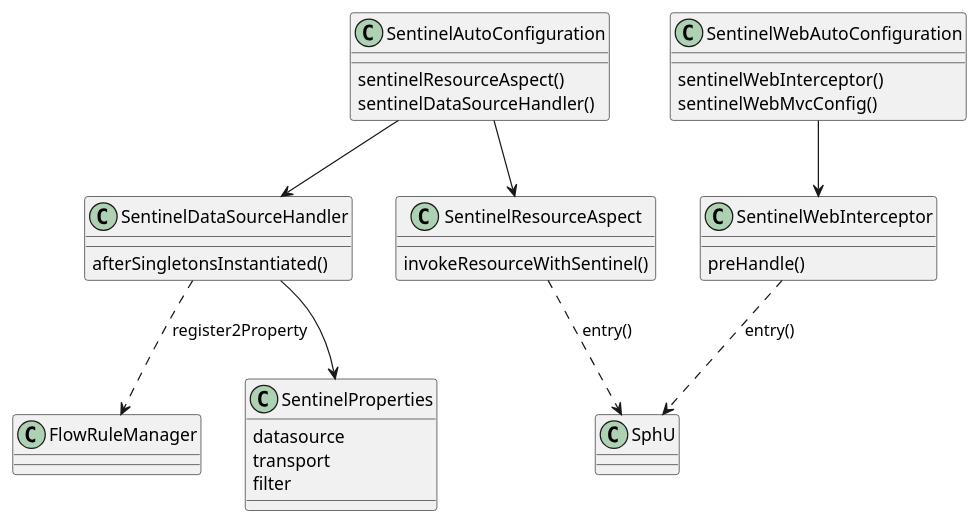
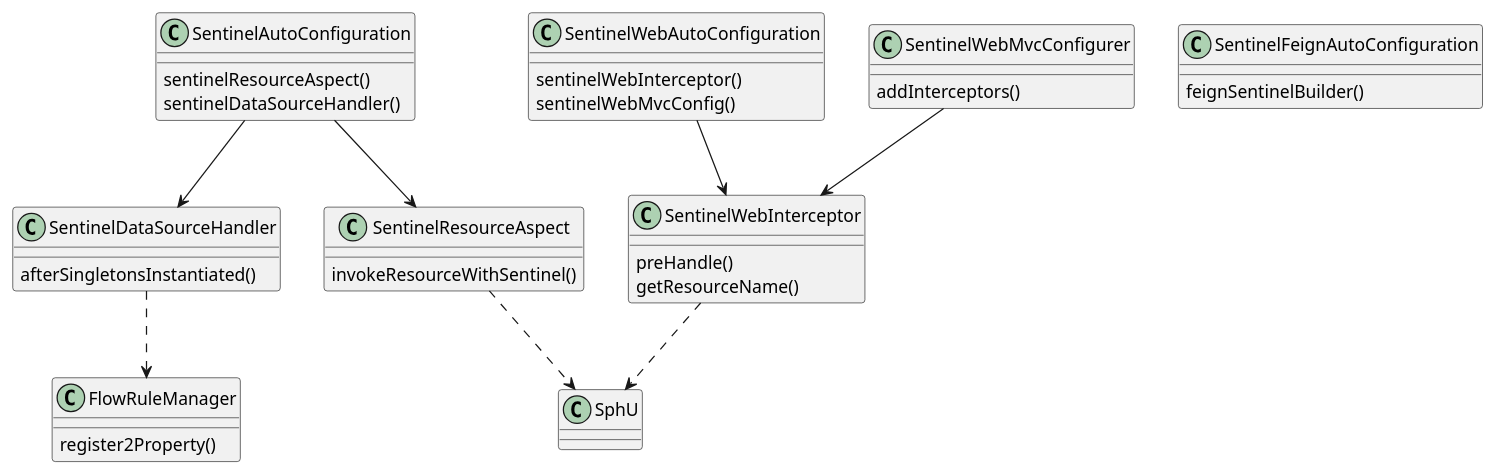
Before and after one commit to kevinwang930/kevinwang930.github.io: the second of 3 diagrams in content/post/java/spring-cloud/sentinel/index.md, drawn with PlantUML. The commit also changed other lines of this file and 1 other file, not shown here.

Commit message:
sentinel

````diff
--- a/content/post/java/spring-cloud/sentinel/index.md
+++ b/content/post/java/spring-cloud/sentinel/index.md
@@ -155,41 +312,46 @@
 ```plantuml
 @startuml
-
 class SentinelAutoConfiguration {
   sentinelResourceAspect()
   sentinelDataSourceHandler()
 }
 
 class SentinelWebAutoConfiguration {
   sentinelWebInterceptor()
   sentinelWebMvcConfig()
 }
 
-class SentinelWebInterceptor {
-  preHandle()
+class SentinelWebMvcConfigurer {
+  addInterceptors()
 }
 
 class SentinelResourceAspect {
   invokeResourceWithSentinel()
 }
 
+class SentinelWebInterceptor {
+  preHandle()
+  getResourceName()
+}
+
 class SentinelDataSourceHandler {
   afterSingletonsInstantiated()
 }
 
-class SentinelProperties {
-  datasource
-  transport
-  filter
+class SentinelFeignAutoConfiguration {
+  feignSentinelBuilder()
+}
+
+class FlowRuleManager {
+  register2Property()
 }
 
 SentinelAutoConfiguration --> SentinelResourceAspect
 SentinelAutoConfiguration --> SentinelDataSourceHandler
 SentinelWebAutoConfiguration --> SentinelWebInterceptor
-SentinelDataSourceHandler --> SentinelProperties
-SentinelDataSourceHandler ..> FlowRuleManager : register2Property
-SentinelWebInterceptor ..> SphU : entry()
-SentinelResourceAspect ..> SphU : entry()
-
+SentinelWebMvcConfigurer --> SentinelWebInterceptor
+SentinelDataSourceHandler ..> FlowRuleManager
+SentinelResourceAspect ..> SphU
+SentinelWebInterceptor ..> SphU
 @enduml
 ```
````
